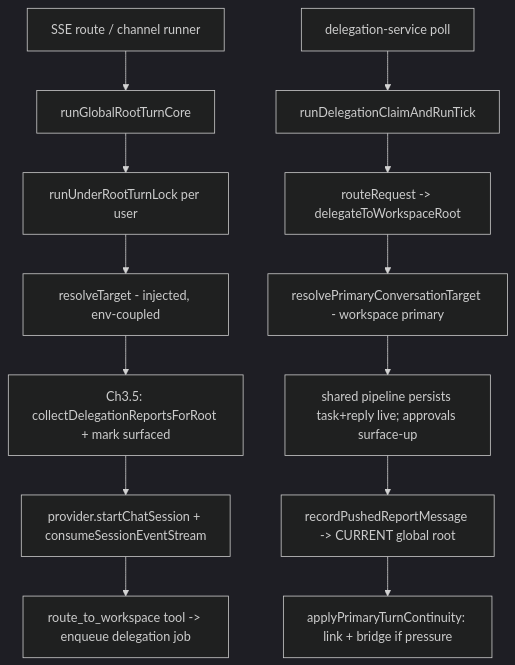
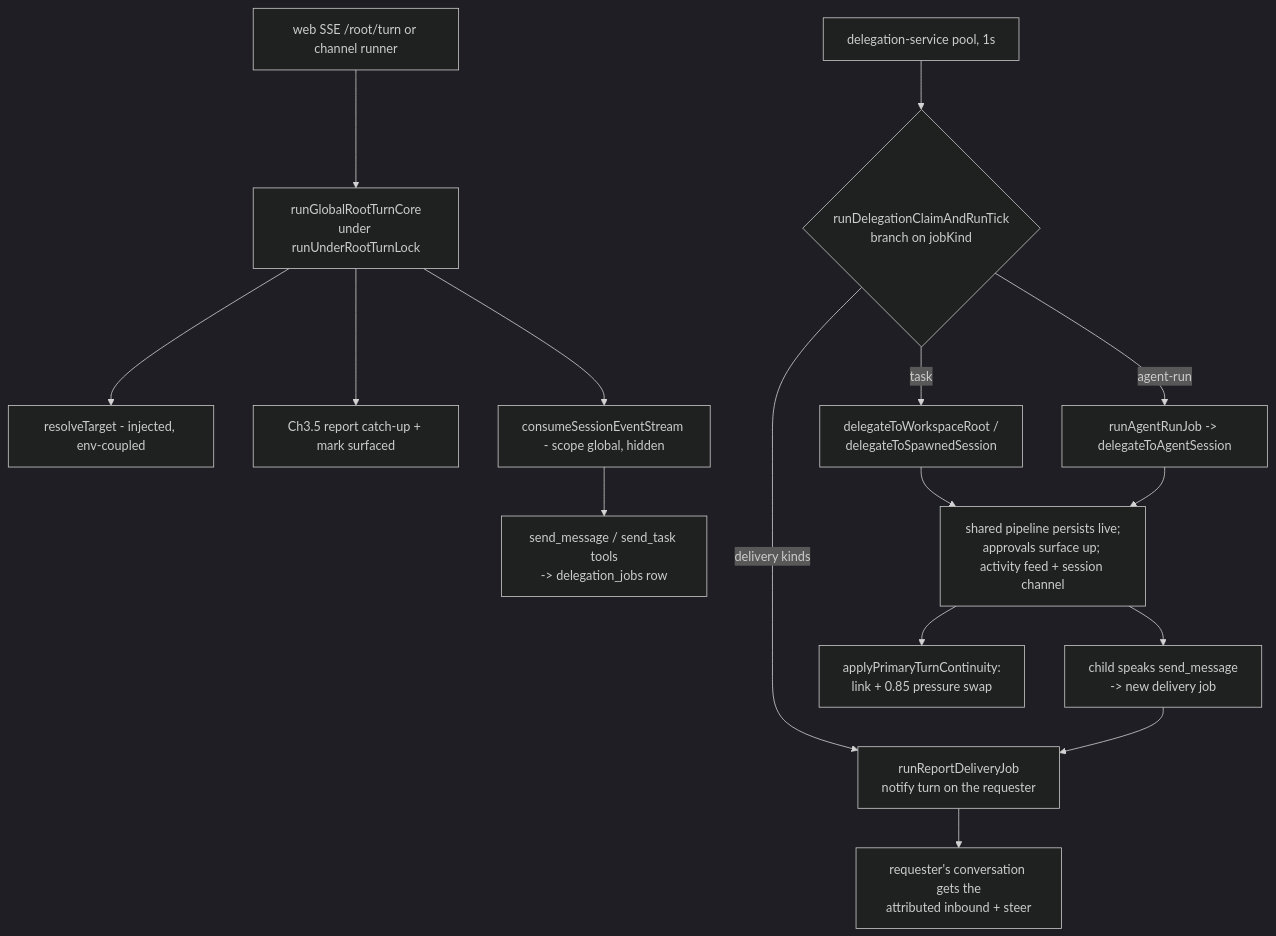
Before and after one commit to chadnicely/Vynel-Demo: the first of 2 diagrams in .claude/docs/session/structure.md, drawn with Mermaid (dark theme). The commit also changed other lines of this file and 3 other files, not shown here.

````diff
--- a/.claude/docs/session/structure.md
+++ b/.claude/docs/session/structure.md
@@ -186,15 +318,17 @@
 ```mermaid
 flowchart TD
-    A[SSE route / channel runner] --> B[runGlobalRootTurnCore]
-    B --> C[runUnderRootTurnLock per user]
-    C --> D[resolveTarget - injected, env-coupled]
-    D --> E[Ch3.5: collectDelegationReportsForRoot + mark surfaced]
-    E --> F[provider.startChatSession + consumeSessionEventStream]
-    F --> G[route_to_workspace tool -> enqueue delegation job]
-    H[delegation-service poll] --> I[runDelegationClaimAndRunTick]
-    I --> J[routeRequest -> delegateToWorkspaceRoot]
-    J --> K[resolvePrimaryConversationTarget - workspace primary]
-    K --> L[shared pipeline persists task+reply live; approvals surface-up]
-    L --> M[recordPushedReportMessage -> CURRENT global root]
-    M --> N[applyPrimaryTurnContinuity: link + bridge if pressure]
+    A[web SSE /root/turn or channel runner] --> B[runGlobalRootTurnCore\nunder runUnderRootTurnLock]
+    B --> C[resolveTarget - injected, env-coupled]
+    B --> D[Ch3.5 report catch-up + mark surfaced]
+    B --> E[consumeSessionEventStream - scope global, hidden]
+    E --> F[send_message / send_task tools\n-> delegation_jobs row]
+    G[delegation-service pool, 1s] --> H{runDelegationClaimAndRunTick\nbranch on jobKind}
+    H -->|task| I[delegateToWorkspaceRoot /\ndelegateToSpawnedSession]
+    H -->|agent-run| J[runAgentRunJob -> delegateToAgentSession]
+    H -->|delivery kinds| K[runReportDeliveryJob\nnotify turn on the requester]
+    I & J --> L[shared pipeline persists live;\napprovals surface up; activity feed + session channel]
+    L --> M[child speaks send_message\n-> new delivery job]
+    M --> K
+    K --> N[requester's conversation gets the\nattributed inbound + steer]
+    L --> O[applyPrimaryTurnContinuity:\nlink + 0.85 pressure swap]
 ```
````
